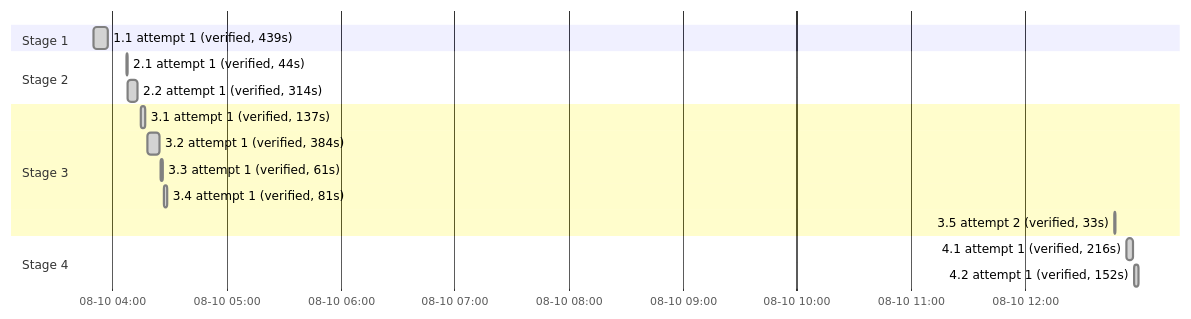
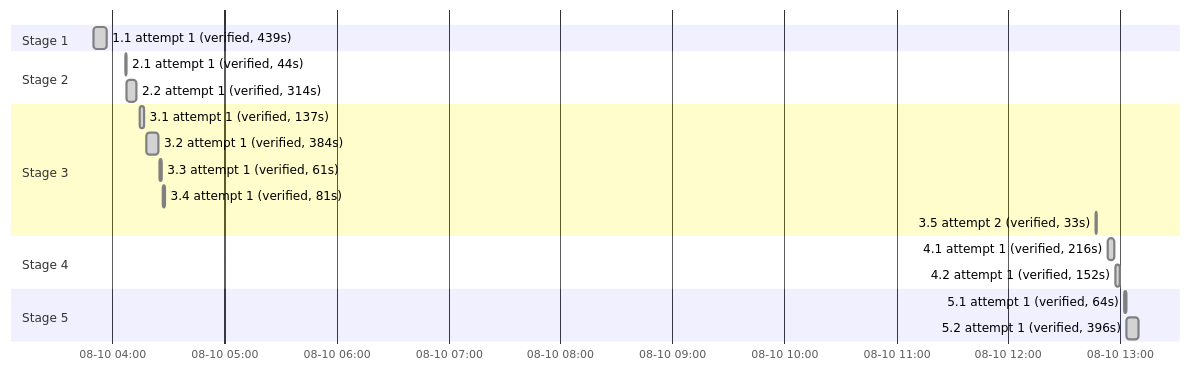
One commit to sohampatwardhan/json-tables changed the diagram in .specs/json-visualizer/05_execution.md. Above: the diagram before and after it, drawn with Mermaid. The commit also changed other lines of this file and 12 other files, not shown here.

````diff
--- a/.specs/json-visualizer/05_execution.md
+++ b/.specs/json-visualizer/05_execution.md
@@ -57,19 +59,22 @@
 ```mermaid
 gantt
     dateFormat YYYY-MM-DDTHH:mm:ss
     axisFormat %m-%d %H:%M
     section Stage 1
     1.1 attempt 1 (verified, 439s) :done, b_1_1_attempt1, 2026-08-10T03:49:55, 2026-08-10T03:57:14
     section Stage 2
     2.1 attempt 1 (verified, 44s) :done, b_2_1_attempt1, 2026-08-10T04:07:06, 2026-08-10T04:07:50
     2.2 attempt 1 (verified, 314s) :done, b_2_2_attempt1, 2026-08-10T04:07:50, 2026-08-10T04:13:04
     section Stage 3
     3.1 attempt 1 (verified, 137s) :done, b_3_1_attempt1, 2026-08-10T04:14:51, 2026-08-10T04:17:08
     3.2 attempt 1 (verified, 384s) :done, b_3_2_attempt1, 2026-08-10T04:18:23, 2026-08-10T04:24:47
     3.3 attempt 1 (verified, 61s) :done, b_3_3_attempt1, 2026-08-10T04:25:25, 2026-08-10T04:26:26
     3.4 attempt 1 (verified, 81s) :done, b_3_4_attempt1, 2026-08-10T04:27:06, 2026-08-10T04:28:27
     3.5 attempt 2 (verified, 33s) :done, b_3_5_attempt2, 2026-08-10T12:46:56, 2026-08-10T12:47:29
     section Stage 4
     4.1 attempt 1 (verified, 216s) :done, b_4_1_attempt1, 2026-08-10T12:53:16, 2026-08-10T12:56:52
     4.2 attempt 1 (verified, 152s) :done, b_4_2_attempt1, 2026-08-10T12:57:21, 2026-08-10T12:59:53
+    section Stage 5
+    5.1 attempt 1 (verified, 64s) :done, b_5_1_attempt1, 2026-08-10T13:02:11, 2026-08-10T13:03:15
+    5.2 attempt 1 (verified, 396s) :done, b_5_2_attempt1, 2026-08-10T13:03:15, 2026-08-10T13:09:51
 ```
````
